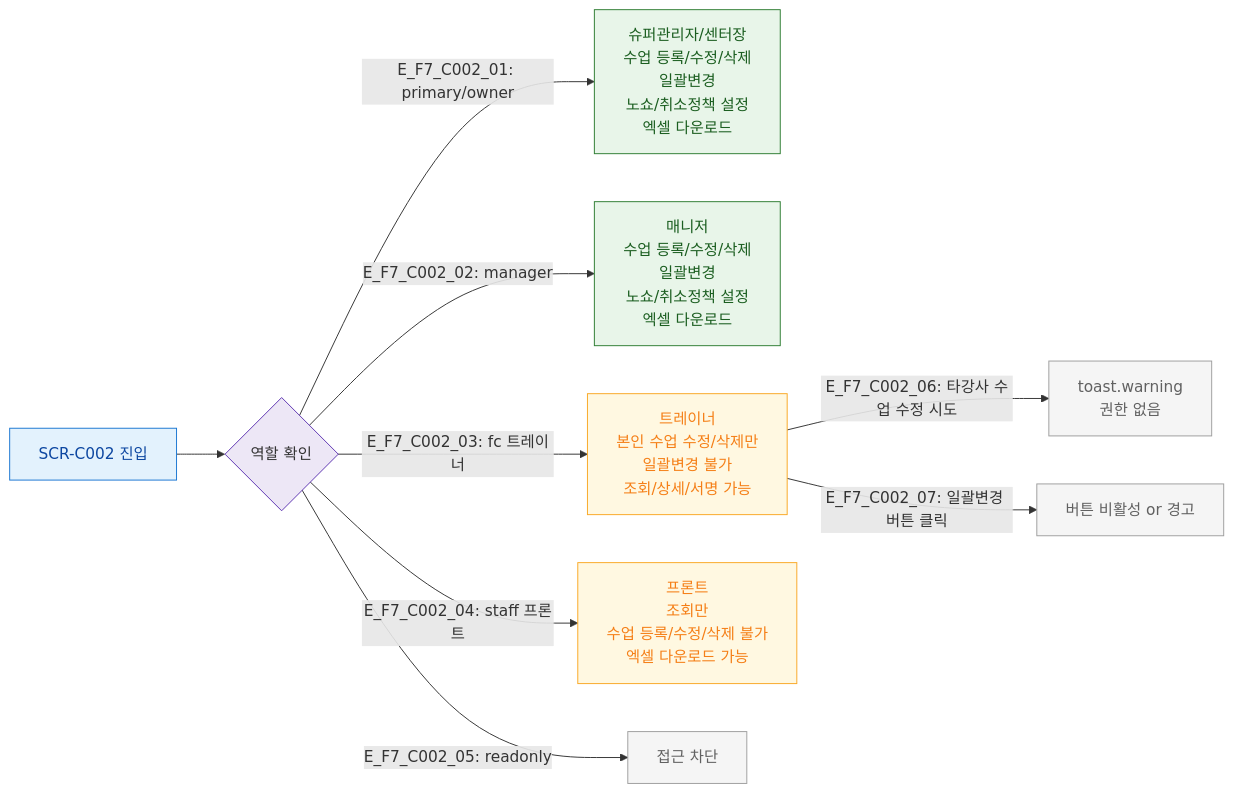
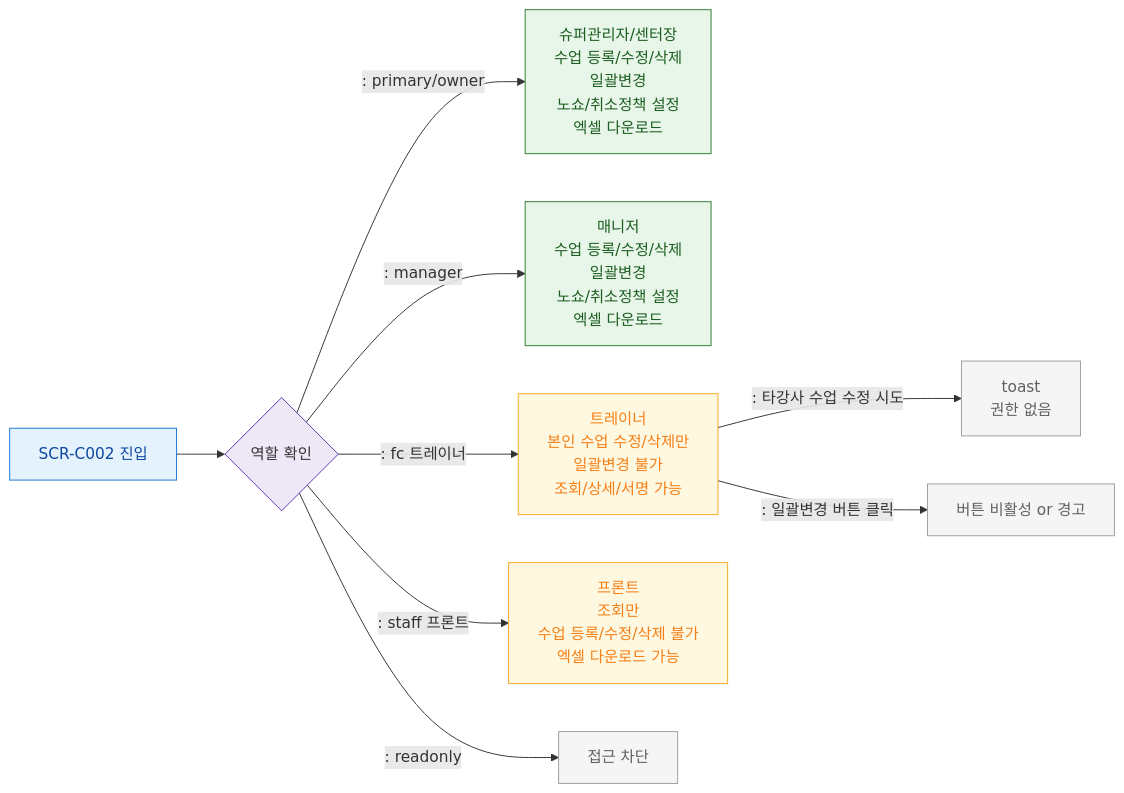
One commit to dev-spogym/admin-pando changed the diagram in docs/다이어그램/D04_수업관리/SCR-C002_수업관리/F7_권한.md. Above: the diagram before and after it, drawn with Mermaid. The commit also changed other lines of this file and 1660 other files, not shown here.

First line of the commit message:
다이어그램: 기획자/클라이언트 납품본으로 정리

````diff
--- a/docs/다이어그램/D04_수업관리/SCR-C002_수업관리/F7_권한.md
+++ b/docs/다이어그램/D04_수업관리/SCR-C002_수업관리/F7_권한.md
@@ -20,28 +18,28 @@
 ```mermaid
 flowchart LR
   Enter[SCR-C002 진입] --> RoleCheck{역할 확인}
 
-  RoleCheck -->|"E_F7_C002_01: primary/owner"| FullAccess[슈퍼관리자/센터장\n수업 등록/수정/삭제\n일괄변경\n노쇼/취소정책 설정\n엑셀 다운로드]
+  RoleCheck -->|": primary/owner"|FullAccess[슈퍼관리자/센터장\n수업 등록/수정/삭제\n일괄변경\n노쇼/취소정책 설정\n엑셀 다운로드]
 
-  RoleCheck -->|"E_F7_C002_02: manager"| ManagerAccess[매니저\n수업 등록/수정/삭제\n일괄변경\n노쇼/취소정책 설정\n엑셀 다운로드]
+  RoleCheck -->|": manager"|ManagerAccess[매니저\n수업 등록/수정/삭제\n일괄변경\n노쇼/취소정책 설정\n엑셀 다운로드]
 
-  RoleCheck -->|"E_F7_C002_03: fc 트레이너"| FCAccess[트레이너\n본인 수업 수정/삭제만\n일괄변경 불가\n조회/상세/서명 가능]
+  RoleCheck -->|": fc 트레이너"|FCAccess[트레이너\n본인 수업 수정/삭제만\n일괄변경 불가\n조회/상세/서명 가능]
 
-  RoleCheck -->|"E_F7_C002_04: staff 프론트"| StaffAccess[프론트\n조회만\n수업 등록/수정/삭제 불가\n엑셀 다운로드 가능]
+  RoleCheck -->|": staff 프론트"|StaffAccess[프론트\n조회만\n수업 등록/수정/삭제 불가\n엑셀 다운로드 가능]
 
-  RoleCheck -->|"E_F7_C002_05: readonly"| Blocked[접근 차단]
+  RoleCheck -->|": readonly"|Blocked[접근 차단]
 
-  FCAccess -->|"E_F7_C002_06: 타강사 수업 수정 시도"| FCBlocked[toast.warning\n권한 없음]
-  FCAccess -->|"E_F7_C002_07: 일괄변경 버튼 클릭"| BulkBlocked[버튼 비활성 or 경고]
+  FCAccess -->|": 타강사 수업 수정 시도"|FCBlocked[toast\n권한 없음]
+  FCAccess -->|": 일괄변경 버튼 클릭"|BulkBlocked[버튼 비활성 or 경고]
 
   classDef screen fill:#E3F2FD,stroke:#1976D2,color:#0D47A1
   classDef system fill:#EDE7F6,stroke:#5E35B2
   classDef success fill:#E8F5E9,stroke:#2E7D32,color:#1B5E20
   classDef warning fill:#FFF8E1,stroke:#F9A825,color:#F57F17
   classDef rbacBlocked fill:#F5F5F5,stroke:#9E9E9E,color:#616161
   class Enter screen
   class RoleCheck system
   class FullAccess,ManagerAccess success
   class FCAccess,StaffAccess warning
   class Blocked,FCBlocked,BulkBlocked rbacBlocked
 ```
````
